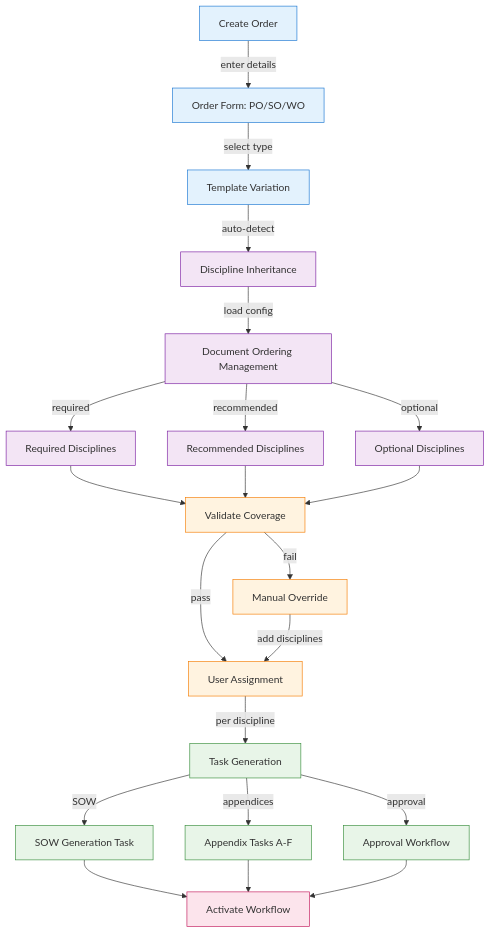
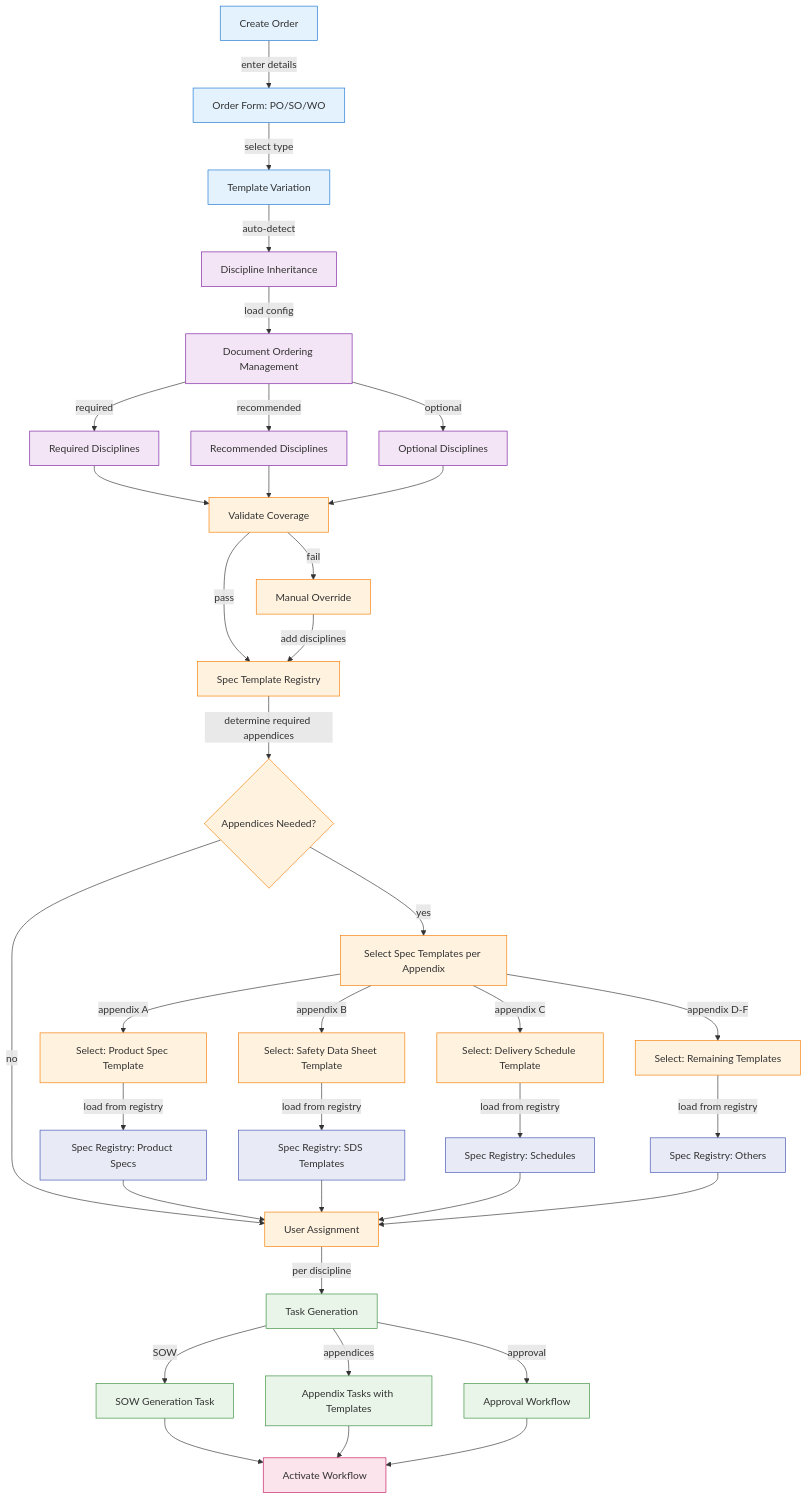
One commit to Construct-AI-primary/docs-paperclip changed the fifth of 13 diagrams in disciplines/01900-procurement/UI-UX-SPECIFICATION.md. Above: the diagram before and after it, drawn with Mermaid. The commit also changed other lines of this file and 8 other files, not shown here.

First line of the commit message:
feat: add Mermaid Diagram Template System with agent skills and procedure

````diff
--- a/disciplines/01900-procurement/UI-UX-SPECIFICATION.md
+++ b/disciplines/01900-procurement/UI-UX-SPECIFICATION.md
@@ -224,35 +224,58 @@
 ```mermaid
 flowchart TD
     START[Create Order] -->|enter details| FORM[Order Form: PO/SO/WO]
     FORM -->|select type| TEMPLATE[Template Variation]
     TEMPLATE -->|auto-detect| INHERIT[Discipline Inheritance]
     INHERIT -->|load config| DOM[Document Ordering Management]
     DOM -->|required| REQUIRED[Required Disciplines]
     DOM -->|recommended| RECOMMENDED[Recommended Disciplines]
     DOM -->|optional| OPTIONAL[Optional Disciplines]
     REQUIRED --> VALIDATE[Validate Coverage]
     RECOMMENDED --> VALIDATE
     OPTIONAL --> VALIDATE
-    VALIDATE -->|pass| ASSIGN[User Assignment]
+    VALIDATE -->|pass| STR[Spec Template Registry]
     VALIDATE -->|fail| OVERRIDE[Manual Override]
-    OVERRIDE -->|add disciplines| ASSIGN
+    OVERRIDE -->|add disciplines| STR
+
+    STR -->|determine required appendices| APP_CHECK{Appendices Needed?}
+    APP_CHECK -->|yes| APP_SEL[Select Spec Templates per Appendix]
+    APP_CHECK -->|no| ASSIGN[User Assignment]
+
+    APP_SEL -->|appendix A| SEL_A[Select: Product Spec Template]
+    APP_SEL -->|appendix B| SEL_B[Select: Safety Data Sheet Template]
+    APP_SEL -->|appendix C| SEL_C[Select: Delivery Schedule Template]
+    APP_SEL -->|appendix D-F| SEL_DF[Select: Remaining Templates]
+    
+    SEL_A -->|load from registry| REG_A[Spec Registry: Product Specs]
+    SEL_B -->|load from registry| REG_B[Spec Registry: SDS Templates]
+    SEL_C -->|load from registry| REG_C[Spec Registry: Schedules]
+    SEL_DF -->|load from registry| REG_DF[Spec Registry: Others]
+
+    REG_A --> ASSIGN
+    REG_B --> ASSIGN
+    REG_C --> ASSIGN
+    REG_DF --> ASSIGN
+
     ASSIGN -->|per discipline| TASKS[Task Generation]
     TASKS -->|SOW| SOW[SOW Generation Task]
-    TASKS -->|appendices| APP[Appendix Tasks A-F]
+    TASKS -->|appendices| APP[Appendix Tasks with Templates]
     TASKS -->|approval| APPROVAL[Approval Workflow]
     SOW --> ACTIVATE[Activate Workflow]
     APP --> ACTIVATE
     APPROVAL --> ACTIVATE
 
     classDef start fill:#e3f2fd,stroke:#1976d2
     classDef config fill:#f3e5f5,stroke:#7b1fa2
     classDef assign fill:#fff3e0,stroke:#f57c00
     classDef task fill:#e8f5e8,stroke:#388e3c
     classDef final fill:#fce4ec,stroke:#c2185b
+    classDef registry fill:#e8eaf6,stroke:#3f51b5
 
     class START,FORM,TEMPLATE start
     class INHERIT,DOM,REQUIRED,RECOMMENDED,OPTIONAL config
+    class STR,APP_CHECK,APP_SEL,SEL_A,SEL_B,SEL_C,SEL_DF assign
+    class REG_A,REG_B,REG_C,REG_DF registry
     class VALIDATE,OVERRIDE,ASSIGN assign
     class TASKS,SOW,APP,APPROVAL task
     class ACTIVATE final
 ```
````
